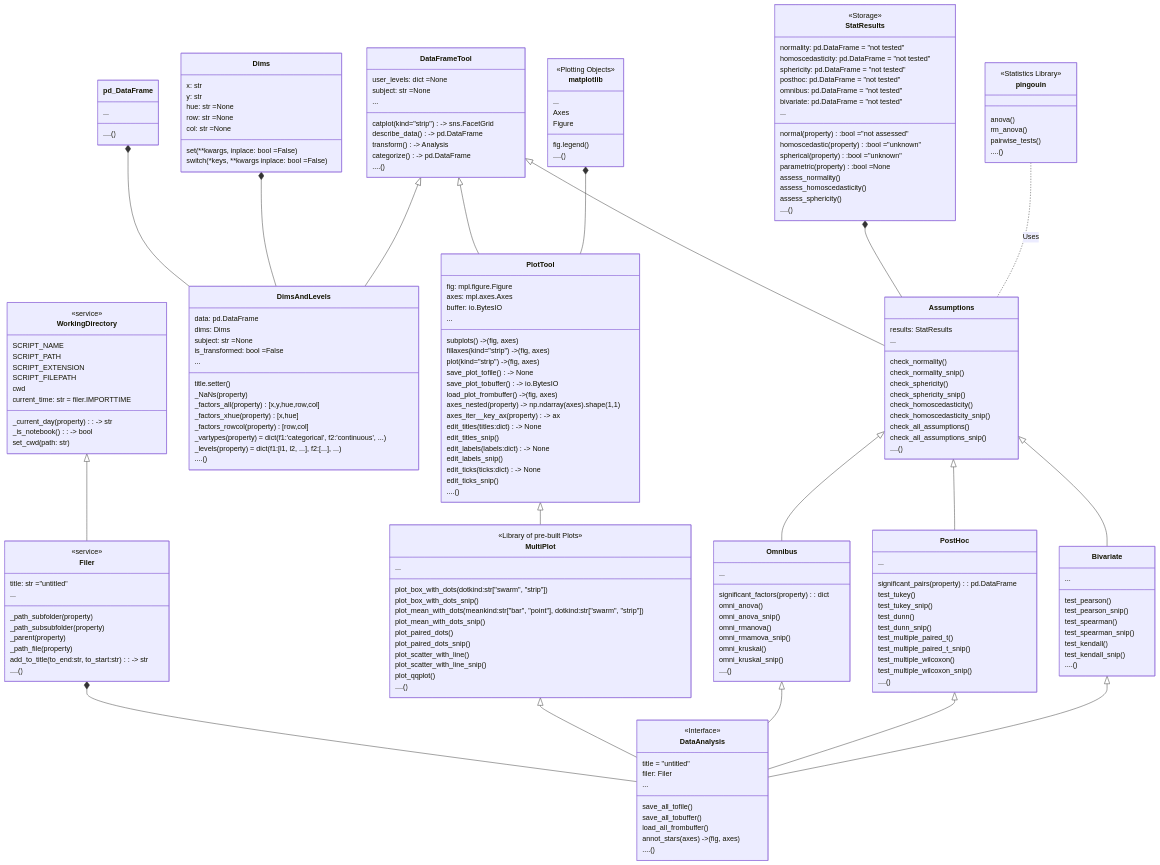
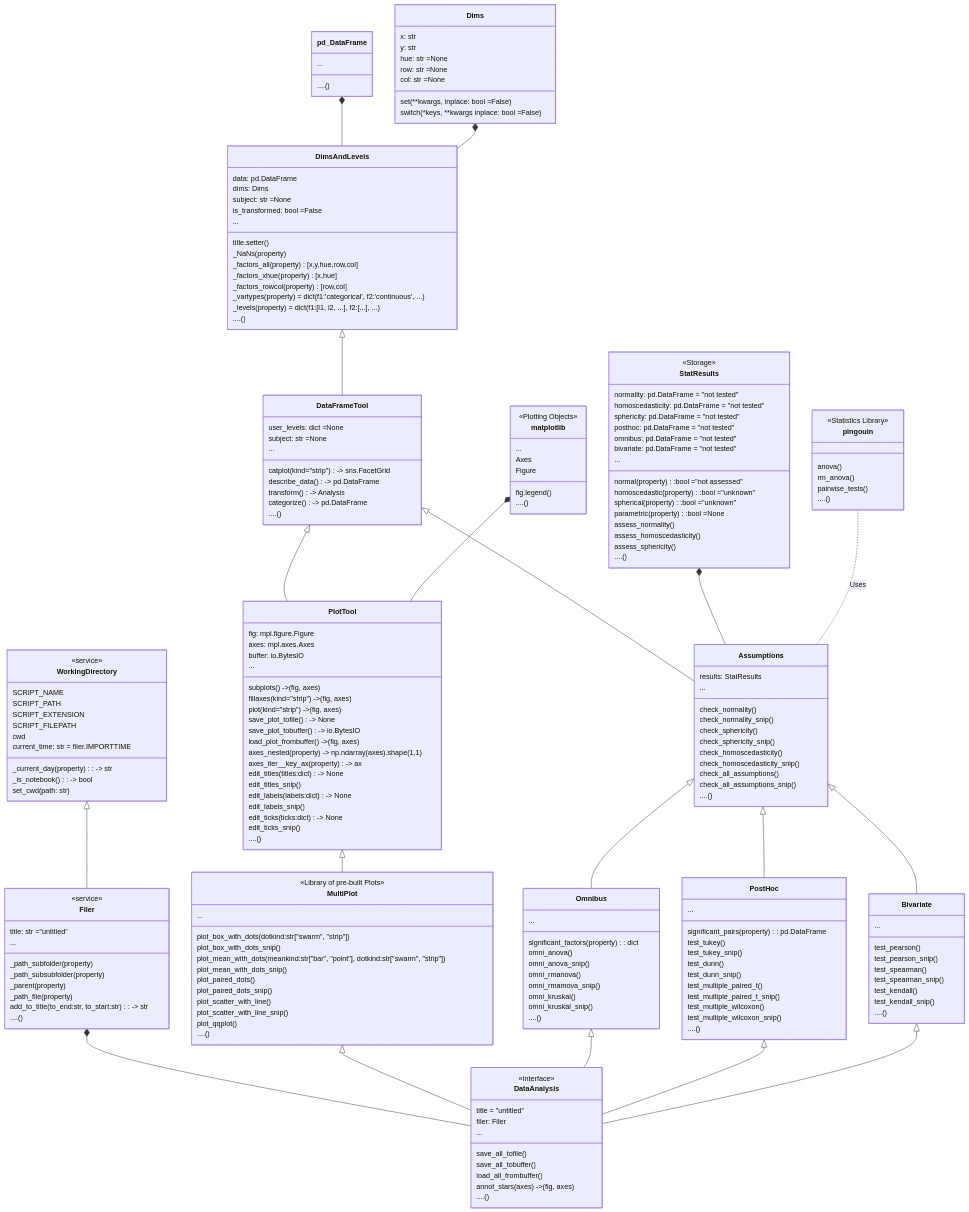
One commit to markur4/plotastic changed the first of 2 diagrams in README.md. Above: the diagram before and after it, drawn with Mermaid.

Commit message:
changes to readme

```diff
--- a/README.md
+++ b/README.md
@@ -189,7 +189,7 @@
    }
   click DataFrameTool href "https://github.com/markur4/plotastic/blob/main/plotastic/dataframetool.py" "DimsAndLevels.py"
 
-   DataFrameTool <|-- DimsAndLevels
+   DimsAndLevels <|-- DataFrameTool
    DataFrameTool <|-- PlotTool
    %%Analysis <|-- Assumptions
    %%Analysis <|-- Omnibus
```
